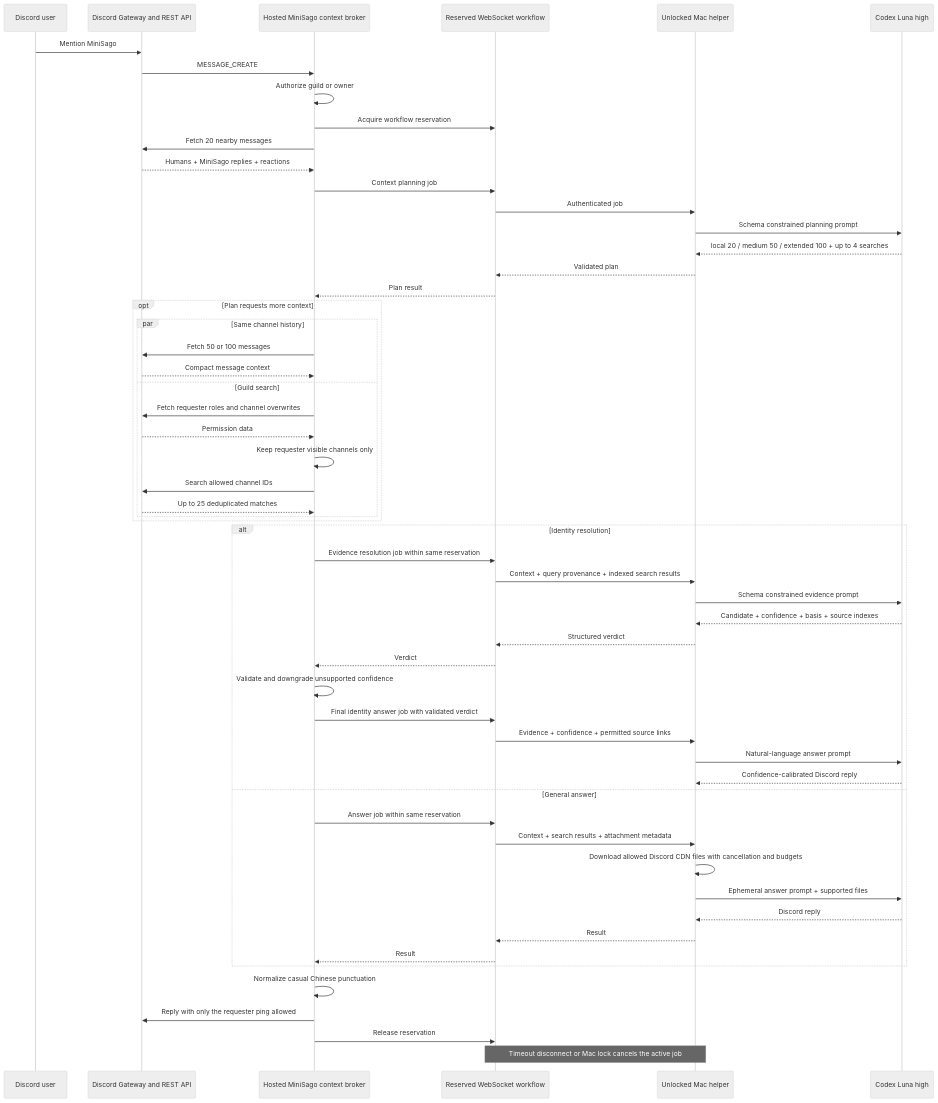
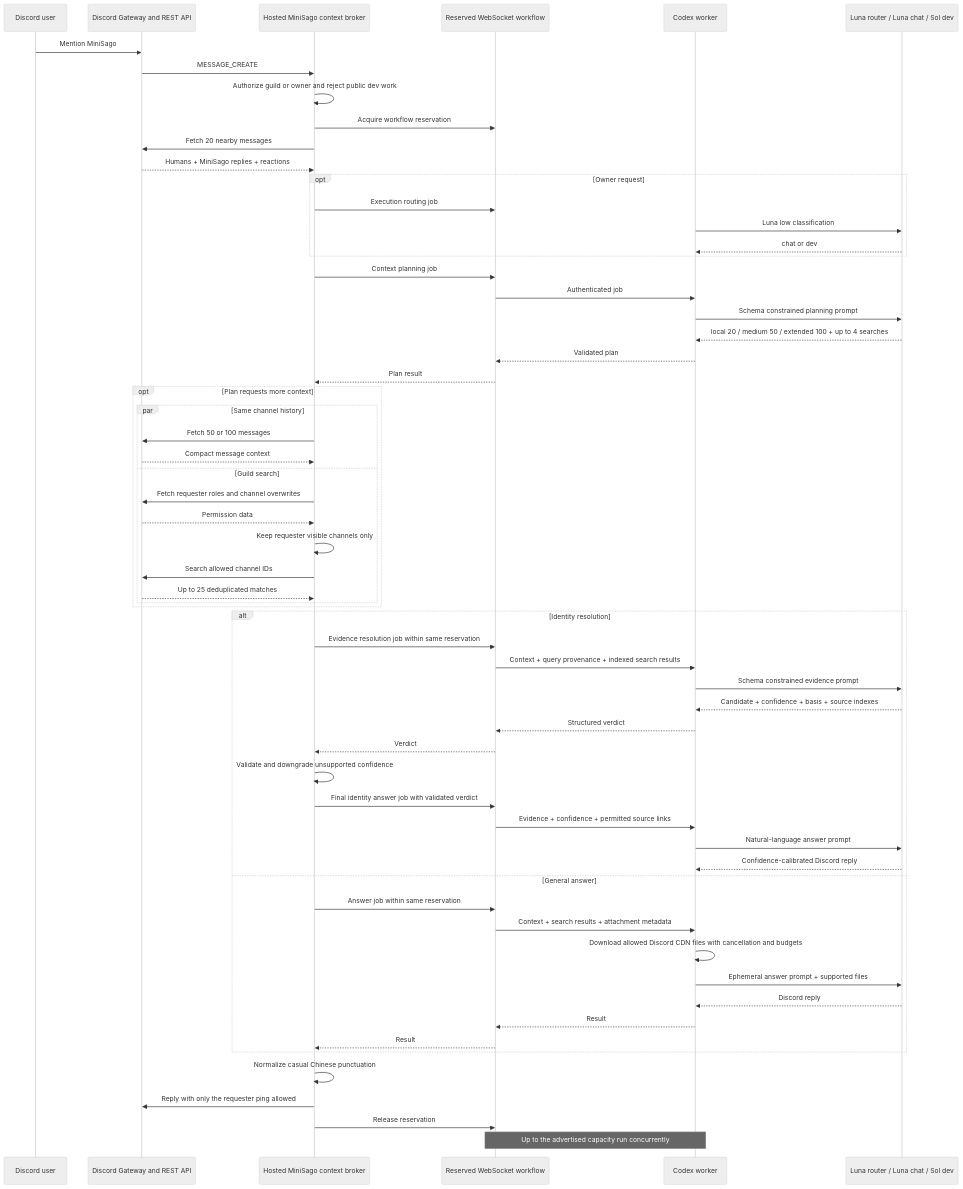
Before and after one commit to Hsiii/mini-sago: the diagram in docs/operations.md, drawn with Mermaid (neutral theme). The commit also changed other lines of this file and 15 other files, not shown here.

````diff
--- a/docs/operations.md
+++ b/docs/operations.md
@@ -100,62 +100,67 @@
 ```mermaid
 sequenceDiagram
     participant U as Discord user
     participant D as Discord Gateway and REST API
     participant H as Hosted MiniSago context broker
     participant W as Reserved WebSocket workflow
-    participant M as Unlocked Mac helper
-    participant C as Codex Luna high
+    participant M as Codex worker
+    participant C as Luna router / Luna chat / Sol dev
 
     U->>D: Mention MiniSago
     D->>H: MESSAGE_CREATE
-    H->>H: Authorize guild or owner
+    H->>H: Authorize guild or owner and reject public dev work
     H->>W: Acquire workflow reservation
     H->>D: Fetch 20 nearby messages
     D-->>H: Humans + MiniSago replies + reactions
+    opt Owner request
+        H->>W: Execution routing job
+        M->>C: Luna low classification
+        C-->>M: chat or dev
+    end
     H->>W: Context planning job
     W->>M: Authenticated job
     M->>C: Schema constrained planning prompt
     C-->>M: local 20 / medium 50 / extended 100 + up to 4 searches
     M-->>W: Validated plan
     W-->>H: Plan result
 
     opt Plan requests more context
         par Same channel history
             H->>D: Fetch 50 or 100 messages
             D-->>H: Compact message context
         and Guild search
             H->>D: Fetch requester roles and channel overwrites
             D-->>H: Permission data
             H->>H: Keep requester visible channels only
             H->>D: Search allowed channel IDs
             D-->>H: Up to 25 deduplicated matches
         end
     end
 
     alt Identity resolution
         H->>W: Evidence resolution job within same reservation
         W->>M: Context + query provenance + indexed search results
         M->>C: Schema constrained evidence prompt
         C-->>M: Candidate + confidence + basis + source indexes
         M-->>W: Structured verdict
         W-->>H: Verdict
         H->>H: Validate and downgrade unsupported confidence
         H->>W: Final identity answer job with validated verdict
         W->>M: Evidence + confidence + permitted source links
         M->>C: Natural-language answer prompt
         C-->>M: Confidence-calibrated Discord reply
     else General answer
         H->>W: Answer job within same reservation
         W->>M: Context + search results + attachment metadata
         M->>M: Download allowed Discord CDN files with cancellation and budgets
         M->>C: Ephemeral answer prompt + supported files
         C-->>M: Discord reply
         M-->>W: Result
         W-->>H: Result
     end
     H->>H: Normalize casual Chinese punctuation
     H->>D: Reply with only the requester ping allowed
     H->>W: Release reservation
 
-    Note over W,M: Timeout disconnect or Mac lock cancels the active job
+    Note over W,M: Up to the advertised capacity run concurrently
 ```
````
